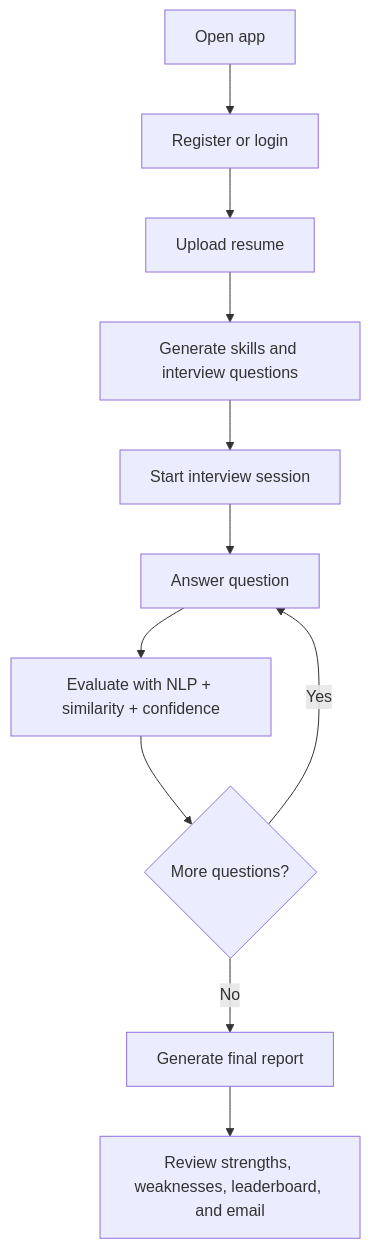
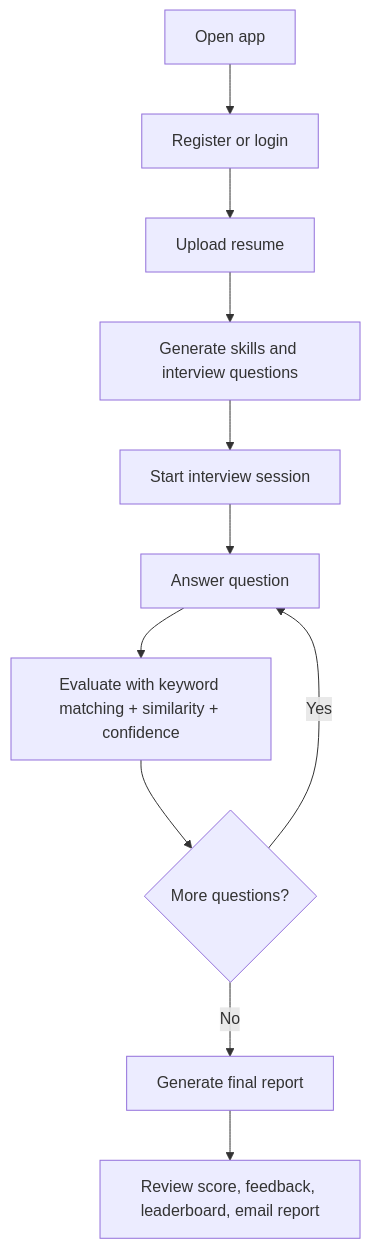
The second of 2 diagrams in README.md (Roodransh1983/Ai_interview_bot), drawn with Mermaid before and after one commit. The commit also changed other lines of this file, not shown here.

````diff
--- a/README.md
+++ b/README.md
@@ -198,13 +194,13 @@
 ```mermaid
 flowchart TD
     A[Open app] --> B[Register or login]
     B --> C[Upload resume]
     C --> D[Generate skills and interview questions]
     D --> E[Start interview session]
     E --> F[Answer question]
-    F --> G[Evaluate with NLP + similarity + confidence]
+    F --> G[Evaluate with keyword matching + similarity + confidence]
     G --> H{More questions?}
     H -- Yes --> F
     H -- No --> I[Generate final report]
-    I --> J[Review strengths, weaknesses, leaderboard, and email]
+    I --> J[Review score, feedback, leaderboard, email report]
 ```
````
